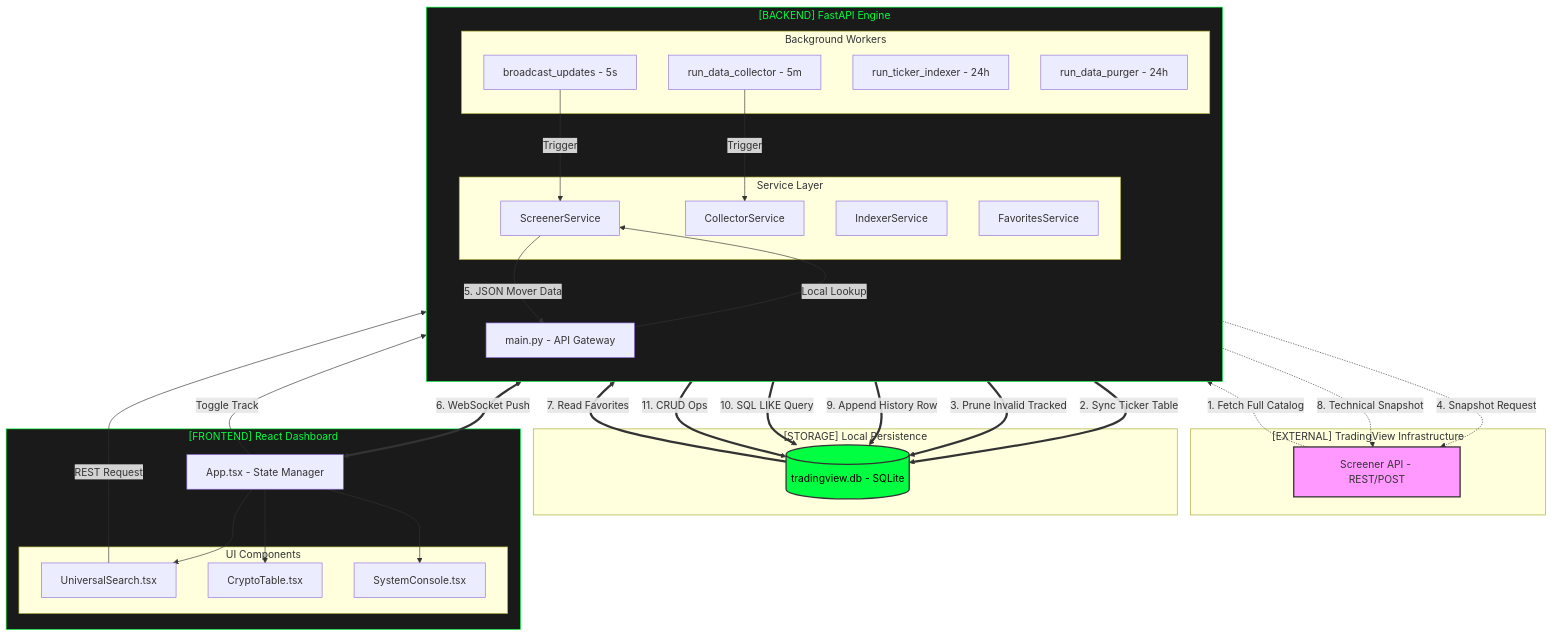
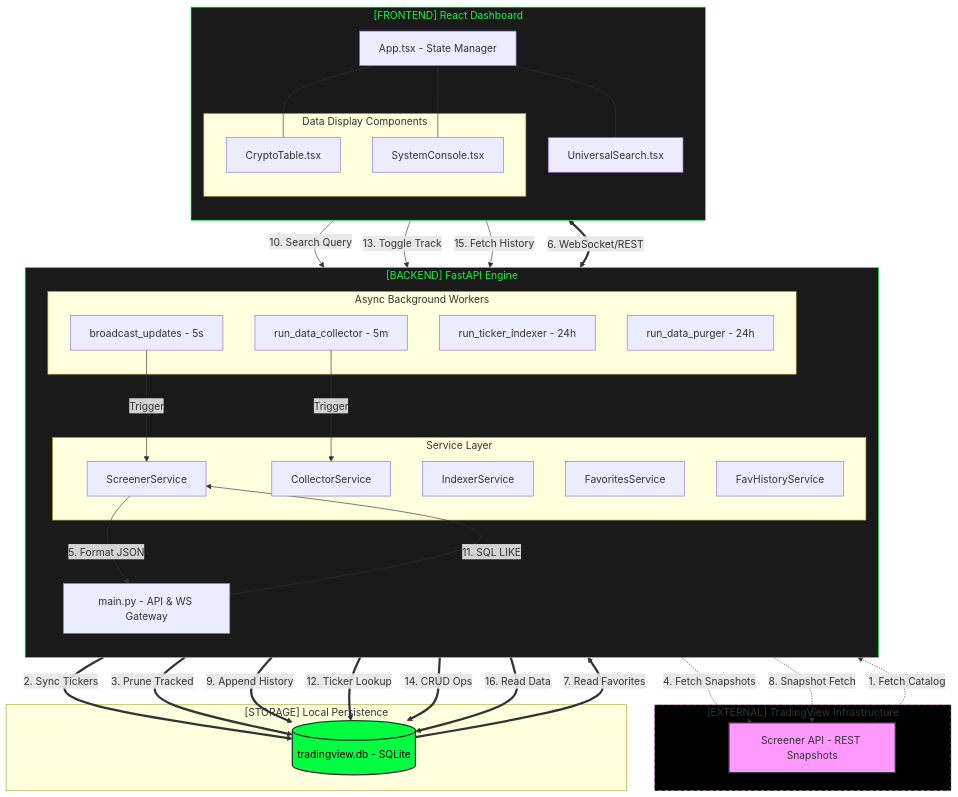
One commit to doralich/maket_trading_screener changed the diagram in README.md. Above: the diagram before and after it, drawn with Mermaid.

Commit message:
docs: sync architecture diagram in README.md

````diff
--- a/README.md
+++ b/README.md
@@ -3,23 +3,24 @@
 ```mermaid
-graph TD
+flowchart TD
     %% EXTERNAL DATA SOURCE
     subgraph External["[EXTERNAL] TradingView Infrastructure"]
-        TV_API[Screener API - REST/POST]
+        TV_API[Screener API - REST Snapshots]
     end
 
     %% BACKEND CORE
     subgraph Backend["[BACKEND] FastAPI Engine"]
         direction TB
-        Main[main.py - API Gateway]
+        Main[main.py - API & WS Gateway]
         
         subgraph Services["Service Layer"]
             S_Screen[ScreenerService]
             S_Coll[CollectorService]
             S_Idx[IndexerService]
             S_Fav[FavoritesService]
+            S_Hist[FavHistoryService]
         end
 
-        subgraph BackgroundTasks["Background Workers"]
+        subgraph Workers["Async Background Workers"]
             W_Broad[broadcast_updates - 5s]
             W_Coll[run_data_collector - 5m]
             W_Idx[run_ticker_indexer - 24h]
@@ -34,47 +35,54 @@
 
     %% FRONTEND CORE
     subgraph Frontend["[FRONTEND] React Dashboard"]
+        direction TB
+        %% Search is placed at the top of Frontend to prevent line crossing to Backend
+        Search[UniversalSearch.tsx]
         MainApp[App.tsx - State Manager]
-        subgraph UI["UI Components"]
-            Search[UniversalSearch.tsx]
+        
+        subgraph UI["Data Display Components"]
             Table[CryptoTable.tsx]
             Console[SystemConsole.tsx]
         end
     end
 
     %% --- DATA FLOW 1: DISCOVERY (Indexing) ---
-    TV_API -.->|1. Fetch Full Catalog| S_Idx
-    S_Idx ==>|2. Sync Ticker Table| DB
-    S_Idx ==>|3. Prune Invalid Tracked| DB
+    TV_API -.->|1. Fetch Catalog| S_Idx
+    S_Idx ==>|2. Sync Tickers| DB
+    S_Idx ==>|3. Prune Tracked| DB
 
     %% --- DATA FLOW 2: LIVE MARKET (Streaming) ---
     W_Broad -->|Trigger| S_Screen
-    S_Screen -.->|4. Snapshot Request| TV_API
-    S_Screen -->|5. JSON Mover Data| Main
-    Main <==>|6. WebSocket Push| MainApp
+    S_Screen -.->|4. Fetch Snapshots| TV_API
+    S_Screen -->|5. Format JSON| Main
+    Main <==>|6. WebSocket/REST| MainApp
 
     %% --- DATA FLOW 3: HISTORY (Collection) ---
     W_Coll -->|Trigger| S_Coll
     DB ==>|7. Read Favorites| S_Coll
-    S_Coll -.->|8. Technical Snapshot| TV_API
-    S_Coll ==>|9. Append History Row| DB
+    S_Coll -.->|8. Snapshot Fetch| TV_API
+    S_Coll ==>|9. Append History| DB
 
-    %% --- DATA FLOW 4: INTERACTION (Search & Track) ---
-    Search -->|REST Request| Main
-    Main -->|Local Lookup| S_Screen
-    S_Screen ==>|10. SQL LIKE Query| DB
+    %% --- DATA FLOW 4: INTERACTION ---
+    Search -->|10. Search Query| Main
+    Main -->|11. SQL LIKE| S_Screen
+    S_Screen ==>|12. Ticker Lookup| DB
     
-    MainApp -->|Toggle Track| S_Fav
-    S_Fav ==>|11. CRUD Ops| DB
+    MainApp -->|13. Toggle Track| S_Fav
+    S_Fav ==>|14. CRUD Ops| DB
 
-    %% --- LAYOUT CONNECTIONS ---
-    MainApp --> Search
-    MainApp --> Table
-    MainApp --> Console
+    MainApp -->|15. Fetch History| S_Hist
+    S_Hist ==>|16. Read Data| DB
+
+    %% --- UI CONNECTIONS ---
+    MainApp --- Search
+    MainApp --- Table
+    MainApp --- Console
 
     %% --- STYLING ---
     style TV_API fill:#f9f,stroke:#333,stroke-width:2px
     style DB fill:#00ff41,stroke:#333,stroke-width:2px,color:#000
     style Backend fill:#1a1a1a,stroke:#00ff41,stroke-width:1px,color:#00ff41
     style Frontend fill:#1a1a1a,stroke:#00ff41,stroke-width:1px,color:#00ff41
+    style External fill:#000,stroke:#f9f,stroke-dasharray: 5 5
 ```
````
